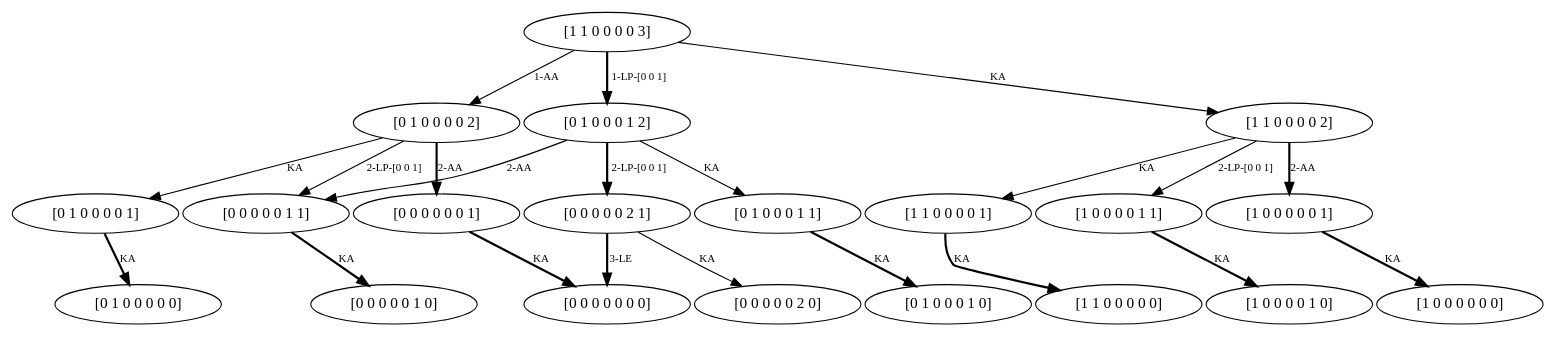
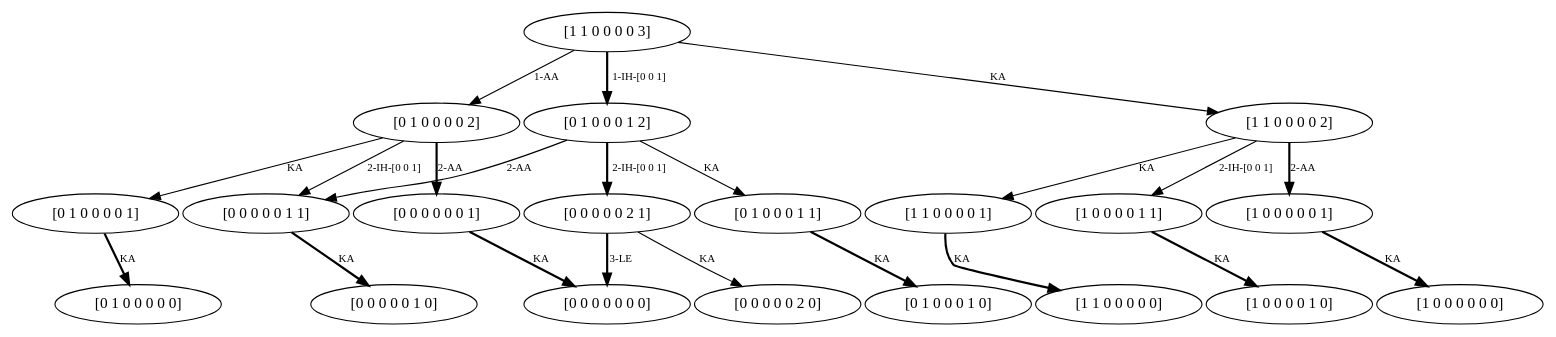
One commit to rb4k/MA-DP changed the diagram in Bilder/beispiel7.dot. Above: the diagram before and after it, drawn with Graphviz. The commit also changed 23 other files, not shown here.

```diff
--- a/Bilder/beispiel7.dot
+++ b/Bilder/beispiel7.dot
@@ -58,8 +58,8 @@
 value=0.0];
 34 -> 41 [key=2,
 goal="[0 0 0 0 0 1 1]",
-label="2-LP-[0 0 1]",
-modus="LP[0 0 1]",
+label="2-IH-[0 0 1]",
+modus="IH[0 0 1]",
 not_best_politic=True,
 revenue=0,
 time=2,
@@ -140,8 +140,8 @@
 value=0.0];
 10 -> 17 [key=2,
 goal="[1 0 0 0 0 1 1]",
-label="2-LP-[0 0 1]",
-modus="LP[0 0 1]",
+label="2-IH-[0 0 1]",
+modus="IH[0 0 1]",
 not_best_politic=True,
 revenue=0,
 time=2,
@@ -192,8 +192,8 @@
 value=4230.0];
 11 -> 30 [key=1,
 goal="[0 1 0 0 0 1 2]",
-label="1-LP-[0 0 1]",
-modus="LP[0 0 1]",
+label="1-IH-[0 0 1]",
+modus="IH[0 0 1]",
 not_best_politic=False,
 revenue=0,
 style=bold,
@@ -277,8 +277,8 @@
 weight_goal=0.0];
 30 -> 37 [key=2,
 goal="[0 0 0 0 0 2 1]",
-label="2-LP-[0 0 1]",
-modus="LP[0 0 1]",
+label="2-IH-[0 0 1]",
+modus="IH[0 0 1]",
 not_best_politic=False,
 revenue=0,
 style=bold,
```
